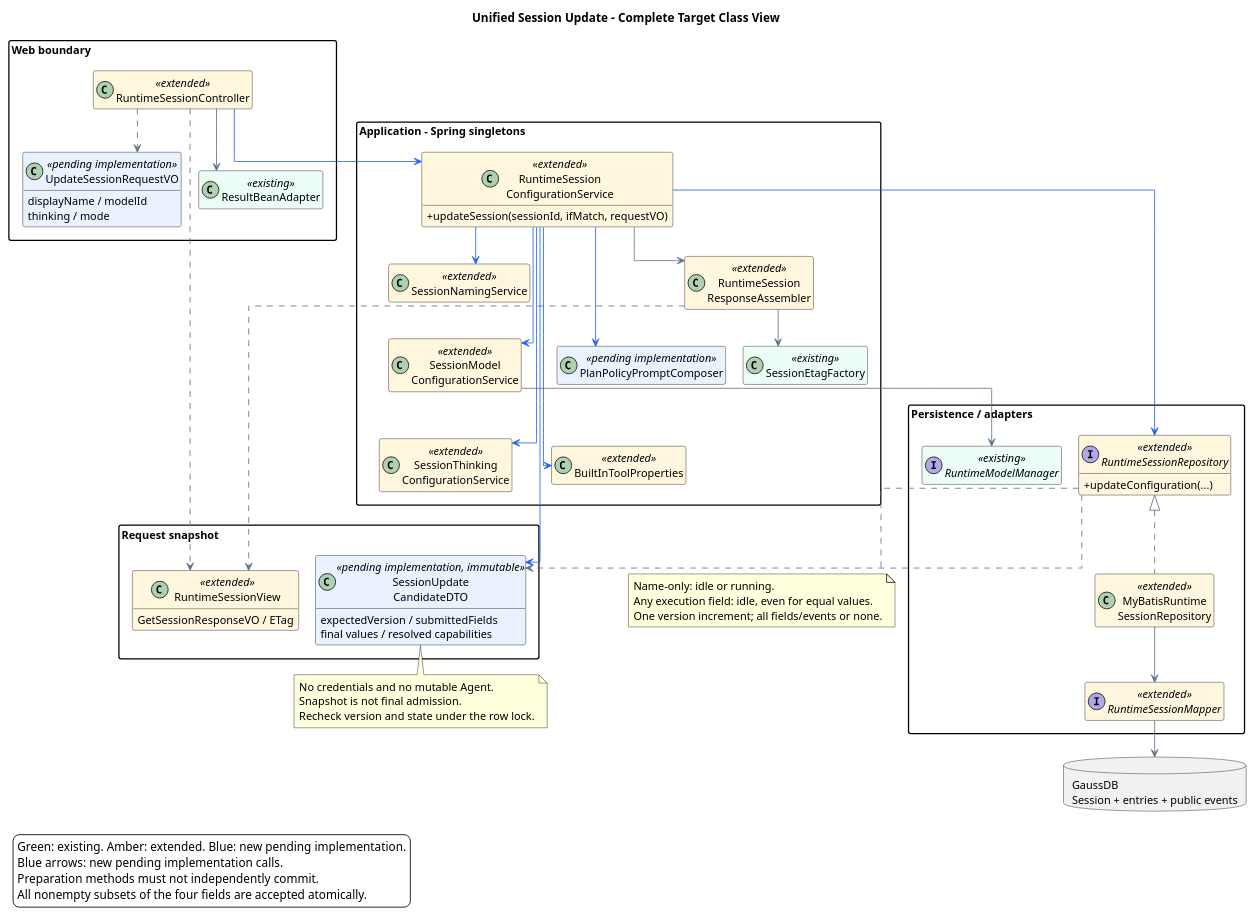
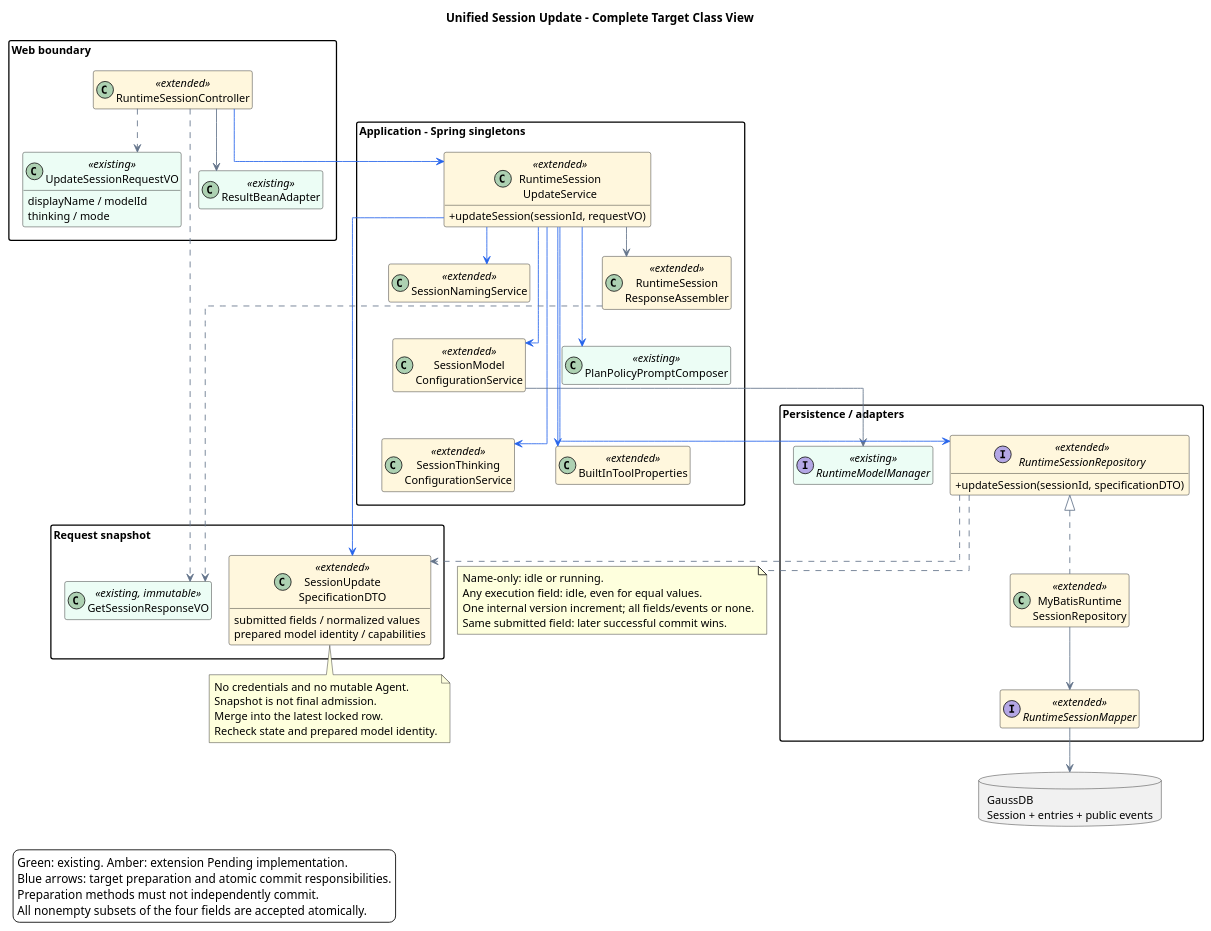
One commit to ssm0808/pi-mono-java-design changed the first of 2 diagrams in 01-总体架构/01-CampusClaw多Agent运行时/设计图/会话配置/diagram.puml. Above: the diagram before and after it, drawn with PlantUML. The commit also changed other lines of this file and 58 other files, not shown here.

```diff
--- a/01-总体架构/01-CampusClaw多Agent运行时/设计图/会话配置/diagram.puml
+++ b/01-总体架构/01-CampusClaw多Agent运行时/设计图/会话配置/diagram.puml
@@ -1,104 +1,102 @@
 @startuml http_session_update_classes
-' Source baseline: pi-mono-java 09b32d8ea4a4b43b34be302d8b2745bdc417c9a2.
-' Source: modules/coding-agent-cli/src/main/java/com/campusclaw/codingagent/runtimeapi/web/RuntimeSessionController.java :: create, get, delete.
-' Source: modules/coding-agent-cli/src/main/java/com/campusclaw/codingagent/runtimeapi/session/RuntimeSessionConfigurationService.java :: requireMutableSession, requireUpdated.
+' Source baseline: pi-mono-java 553dcd5e2ff682f9684810a043b442b37a02e54a.
+' Source: modules/coding-agent-cli/src/main/java/com/campusclaw/codingagent/runtimeapi/web/RuntimeSessionController.java :: create, get, update, delete.
+' Source: modules/coding-agent-cli/src/main/java/com/campusclaw/codingagent/runtimeapi/session/RuntimeSessionUpdateService.java :: update, prepare, requireStrongEtag, requireObservedVersion.
 ' Source: modules/coding-agent-cli/src/main/java/com/campusclaw/codingagent/runtimeapi/service/command/SessionNamingService.java :: normalizeName, execute.
-' Source: modules/coding-agent-cli/src/main/java/com/campusclaw/codingagent/runtimeapi/persistence/MyBatisRuntimeSessionRepository.java :: updateModelLocked, updateThinkingLocked, updateName.
-' Observed behavior: existing services commit individual properties; there is no combined update.
+' Source: modules/coding-agent-cli/src/main/java/com/campusclaw/codingagent/runtimeapi/persistence/MyBatisRuntimeSessionRepository.java :: updateSession, rejectUnifiedUpdate, mergeUpdate, mergedThinking.
+' Observed behavior: unified POST and atomic updates exist; public ETag and expectedVersion still gate writes.
 ' Source: modules/coding-agent-cli/src/main/java/com/campusclaw/codingagent/tool/builtin/BuiltInToolProperties.java :: toolsFor, afterPropertiesSet.
-' Design reason: one candidate and one transaction prevent partial multi-field writes.
-' Java divergence: POST, preparation methods, candidate DTO and combined commit are pending implementation.
+' Design reason: merge submitted fields into the latest locked row; keep busy and capability admission atomic.
+' Java divergence: removing public condition headers and ETag is Pending implementation; internal versions remain.
 title Unified Session Update - Complete Target Class View
 top to bottom direction
 allowmixing
 skinparam backgroundColor #FFFFFF
 skinparam defaultFontName SansSerif
 skinparam defaultFontSize 13
 skinparam shadowing false
 skinparam classAttributeIconSize 0
 skinparam packageStyle rectangle
 skinparam packageTitleAlignment left
 skinparam nodesep 20
 skinparam ranksep 35
 skinparam ArrowColor #64748B
 skinparam linetype ortho
 hide empty members
 
 package "Web boundary" as WebLayer {
   class "RuntimeSessionController" as API <<extended>> #FFF7DD
-  class "UpdateSessionRequestVO" as Request <<pending implementation>> #EAF2FF {
+  class "UpdateSessionRequestVO" as Request <<existing>> #ECFDF5 {
     displayName / modelId
     thinking / mode
   }
   class "ResultBeanAdapter" as Result <<existing>> #ECFDF5
 }
 package "Application - Spring singletons" as AppLayer {
-  class "RuntimeSession\nConfigurationService" as App <<extended>> #FFF7DD {
-    +updateSession(sessionId, ifMatch, requestVO)
+  class "RuntimeSession\nUpdateService" as App <<extended>> #FFF7DD {
+    +updateSession(sessionId, requestVO)
   }
   class "SessionNamingService" as Name <<extended>> #FFF7DD
   class "SessionModel\nConfigurationService" as Model <<extended>> #FFF7DD
   class "SessionThinking\nConfigurationService" as Thinking <<extended>> #FFF7DD
   class "RuntimeSession\nResponseAssembler" as Assembler <<extended>> #FFF7DD
-  class "SessionEtagFactory" as Etag <<existing>> #ECFDF5
-  class "PlanPolicyPromptComposer" as Policy <<pending implementation>> #EAF2FF
+  class "PlanPolicyPromptComposer" as Policy <<existing>> #ECFDF5
   class "BuiltInToolProperties" as Profile <<extended>> #FFF7DD
 }
 package "Request snapshot" as RequestLayer {
-  class "SessionUpdate\nCandidateDTO" as Candidate <<pending implementation, immutable>> #EAF2FF {
-    expectedVersion / submittedFields
-    final values / resolved capabilities
+  class "SessionUpdate\nSpecificationDTO" as Candidate <<extended>> #FFF7DD {
+    submitted fields / normalized values
+    prepared model identity / capabilities
   }
-  class "RuntimeSessionView" as Response <<extended>> #FFF7DD {
-    GetSessionResponseVO / ETag
-  }
+  class "GetSessionResponseVO" as Response <<existing, immutable>> #ECFDF5
 }
 package "Persistence / adapters" as PersistenceLayer {
   interface "RuntimeSessionRepository" as Repo <<extended>> #FFF7DD {
-    +updateConfiguration(...)
+    +updateSession(sessionId, specificationDTO)
   }
   class "MyBatisRuntime\nSessionRepository" as Impl <<extended>> #FFF7DD
   interface "RuntimeSessionMapper" as Mapper <<extended>> #FFF7DD
   interface "RuntimeModelManager" as Models <<existing>> #ECFDF5
 }
 database "GaussDB\nSession + entries + public events" as DB
 Name -[hidden]down- Model
 Model -[hidden]down- Thinking
 Assembler -[hidden]down- Policy
 Policy -[hidden]down- Profile
 API -[#2563EB]down-> App
 API ..> Request
 API --> Result
 App -[#2563EB]-> Name
 App -[#2563EB]-> Model
 App -[#2563EB]-> Thinking
 Model --> Models
 App -[#2563EB]-> Policy
 App -[#2563EB]-> Profile
 App -[#2563EB]-> Candidate
 App -[#2563EB]down-> Repo
 Repo ..> Candidate
 Repo <|.. Impl
 Impl --> Mapper
 Mapper --> DB
 App --> Assembler
-Assembler --> Etag
 Assembler ..> Response
 API ..> Response
 note bottom of Candidate
   No credentials and no mutable Agent.
   Snapshot is not final admission.
-  Recheck version and state under the row lock.
+  Merge into the latest locked row.
+  Recheck state and prepared model identity.
 end note
 note bottom of Repo
   Name-only: idle or running.
   Any execution field: idle, even for equal values.
-  One version increment; all fields/events or none.
+  One internal version increment; all fields/events or none.
+  Same submitted field: later successful commit wins.
 end note
 legend bottom left
-  Green: existing. Amber: extended. Blue: new pending implementation.
-  Blue arrows: new pending implementation calls.
+  Green: existing. Amber: extension Pending implementation.
+  Blue arrows: target preparation and atomic commit responsibilities.
   Preparation methods must not independently commit.
   All nonempty subsets of the four fields are accepted atomically.
 endlegend
 @enduml
```
